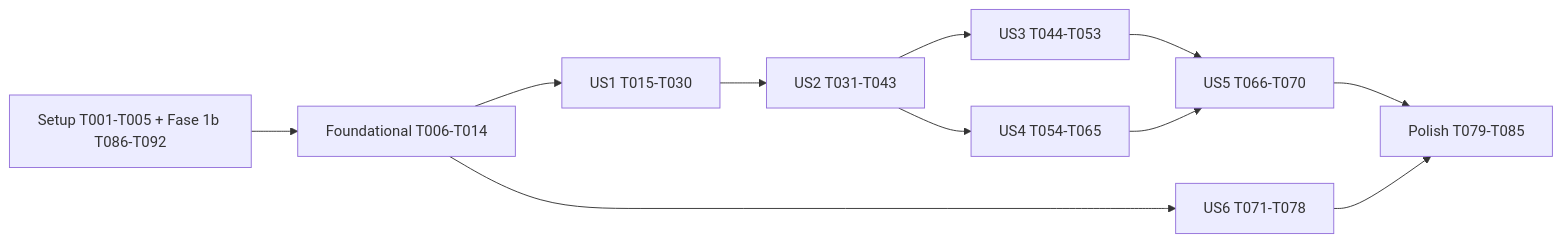
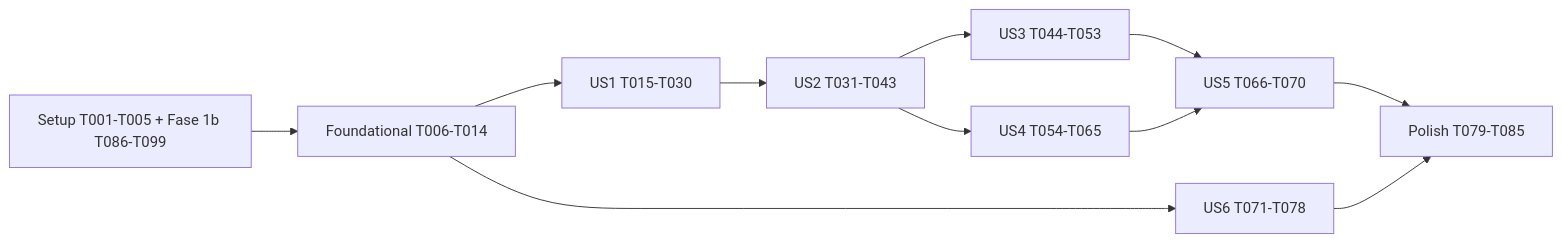
Before and after one commit to dantasgut/clayflow: the diagram in specs/005-shader-modules/tasks.md, drawn with Mermaid. The commit also changed other lines of this file and 18 other files, not shown here.

````diff
--- a/specs/005-shader-modules/tasks.md
+++ b/specs/005-shader-modules/tasks.md
@@ -233,13 +240,13 @@
 ```mermaid
 graph LR
-  S[Setup T001-T005 + Fase 1b T086-T092] --> F[Foundational T006-T014]
+  S[Setup T001-T005 + Fase 1b T086-T099] --> F[Foundational T006-T014]
   F --> US1[US1 T015-T030]
   US1 --> US2[US2 T031-T043]
   US2 --> US3[US3 T044-T053]
   US2 --> US4[US4 T054-T065]
   US3 --> US5[US5 T066-T070]
   US4 --> US5
   F --> US6[US6 T071-T078]
   US5 --> P[Polish T079-T085]
   US6 --> P
 ```
````
